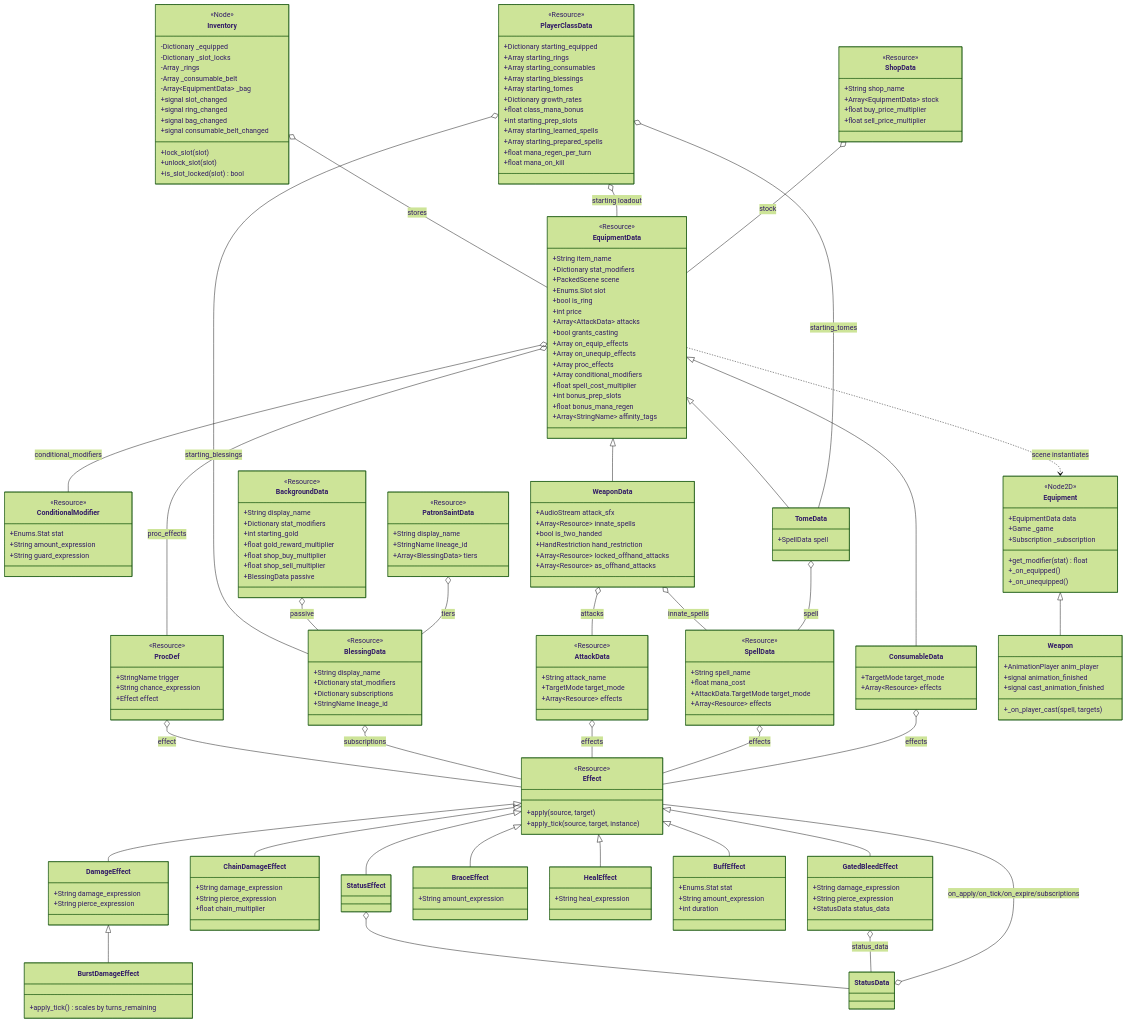
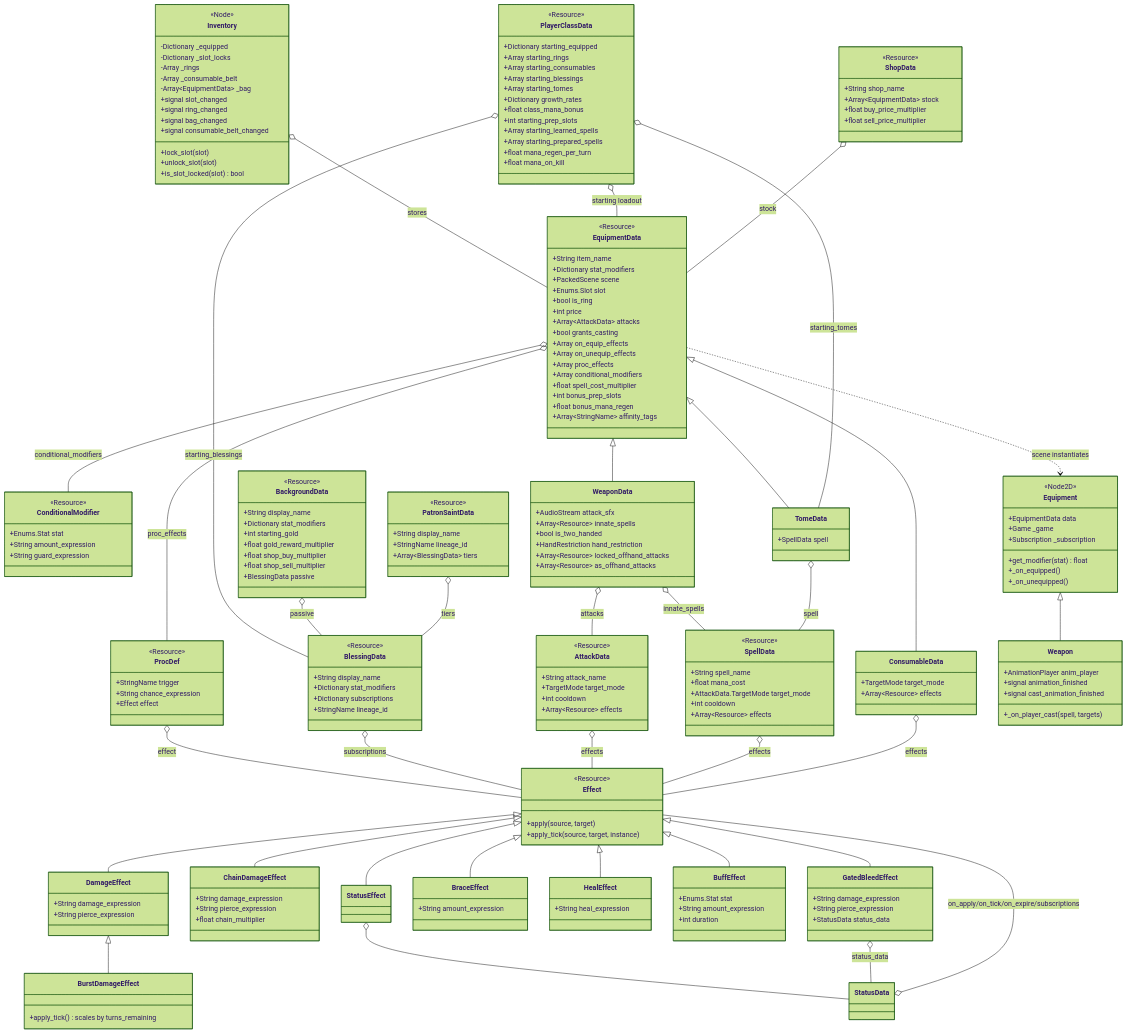
One commit to mjholder/crawler changed the fourth of 5 diagrams in journal/architecture.md. Above: the diagram before and after it, drawn with Mermaid (forest theme). The commit also changed 27 other files, not shown here.

```diff
--- a/journal/architecture.md
+++ b/journal/architecture.md
@@ -341,6 +341,7 @@
         <<Resource>>
         +String attack_name
         +TargetMode target_mode
+        +int cooldown
         +Array~Resource~ effects
     }
     class SpellData {
@@ -348,6 +349,7 @@
         +String spell_name
         +float mana_cost
         +AttackData.TargetMode target_mode
+        +int cooldown
         +Array~Resource~ effects
     }
     class Effect {
```
